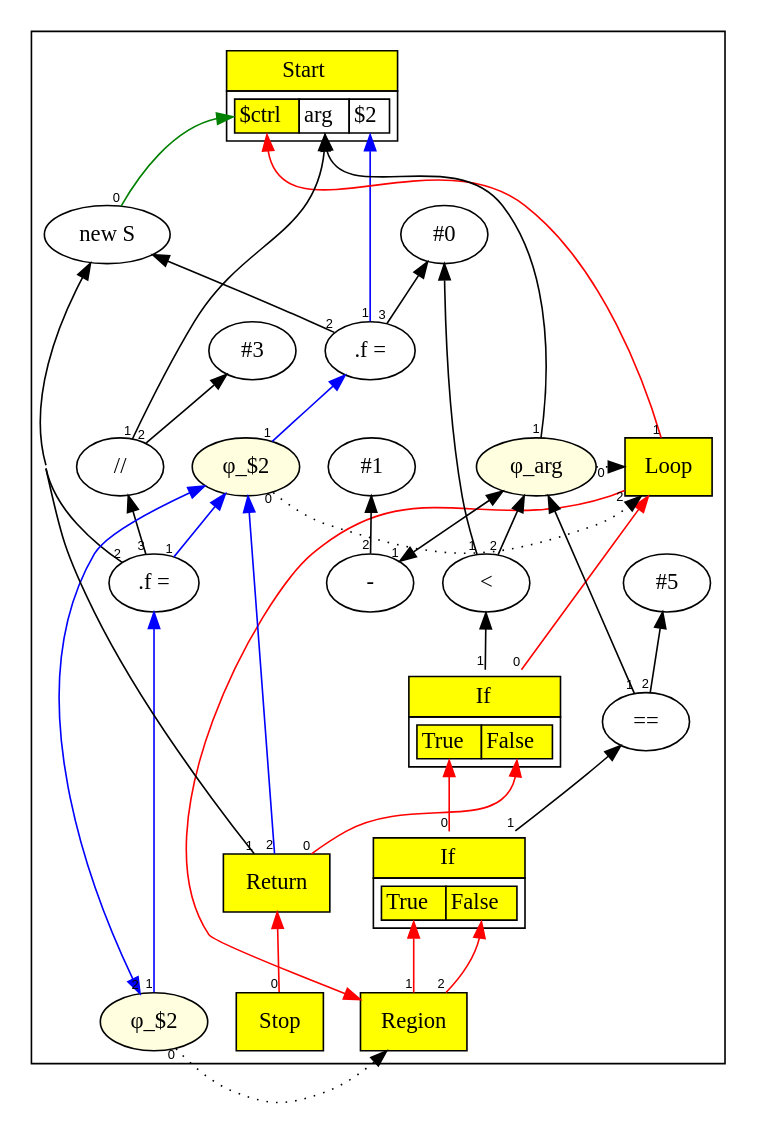
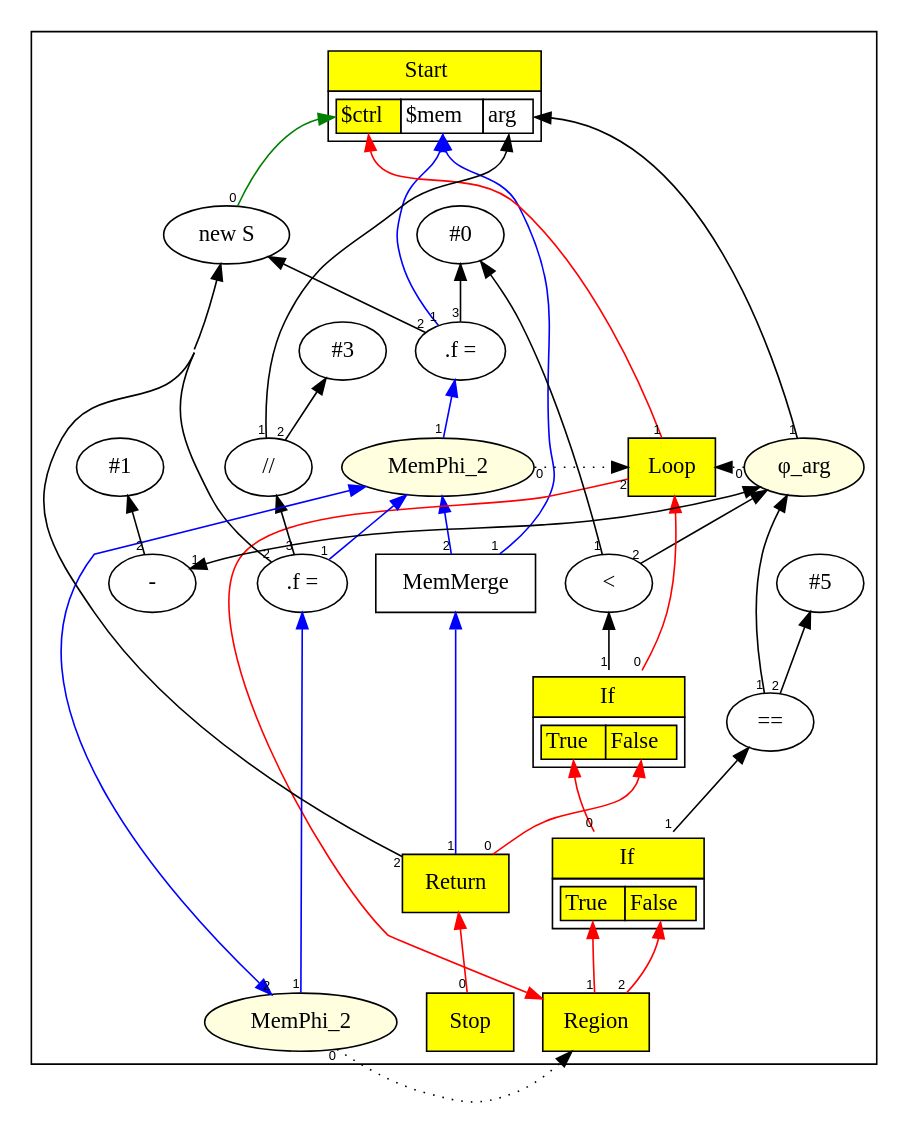
One commit to SeaOfNodes/Simple changed the diagram in chapter11/docs/graph4.gv. Above: the diagram before and after it, drawn with Graphviz. The commit also changed 51 other files, not shown here.

```diff
--- a/chapter11/docs/graph4.gv
+++ b/chapter11/docs/graph4.gv
@@ -1,107 +1,110 @@
 digraph chapter11 {
 /*
 struct S { int f; }
 S v = new S;
 int i = arg;
 while (arg > 0) {
     int j = i/3;
     if (arg == 5)
         v.f = j;
     arg = arg - 1;
 }
 return v;
 
 */
 	rankdir=BT;
 	concentrate="true";
 	compound="true";
 	subgraph cluster_Nodes {
 		Start2 [ shape=plaintext label=<
 			<TABLE BORDER="0" CELLBORDER="1" CELLSPACING="0" CELLPADDING="4">
 			<TR><TD BGCOLOR="yellow">Start</TD></TR>
 			<TR><TD>
 				<TABLE BORDER="0" CELLBORDER="1" CELLSPACING="0">
-				<TR><TD PORT="p0" BGCOLOR="yellow">$ctrl</TD><TD PORT="p1">arg</TD><TD PORT="p2">$2</TD></TR>
+				<TR><TD PORT="p0" BGCOLOR="yellow">$ctrl</TD><TD PORT="p1">$mem</TD><TD PORT="p2">arg</TD></TR>
 				</TABLE>
 			</TD></TR>
 			</TABLE>>
 		];
+		MemMerge [ shape=box label="MemMerge" ];
 		Stop3 [ shape=box style=filled fillcolor=yellow label="Stop" ];
 		Con_4 [ label="#0" ];
 		new9 [ label="new S" ];
 		Store10 [ label=".f =" ];
 		Loop11 [ shape=box style=filled fillcolor=yellow label="Loop" ];
 		Phi_arg13 [ style=filled fillcolor=lightyellow label="&phi;_arg" ];
 		LT14 [ label="<" ];
 		If16 [ shape=plaintext label=<
 			<TABLE BORDER="0" CELLBORDER="1" CELLSPACING="0" CELLPADDING="4">
 			<TR><TD BGCOLOR="yellow">If</TD></TR>
 			<TR><TD>
 				<TABLE BORDER="0" CELLBORDER="1" CELLSPACING="0">
 				<TR><TD PORT="p0" BGCOLOR="yellow">True</TD><TD PORT="p1" BGCOLOR="yellow">False</TD></TR>
 				</TABLE>
 			</TD></TR>
 			</TABLE>>
 		];
 		Div21 [ label="//" ];
 		Con_22 [ label="#3" ];
 		EQ23 [ label="==" ];
 		Con_24 [ label="#5" ];
 		If25 [ shape=plaintext label=<
 			<TABLE BORDER="0" CELLBORDER="1" CELLSPACING="0" CELLPADDING="4">
 			<TR><TD BGCOLOR="yellow">If</TD></TR>
 			<TR><TD>
 				<TABLE BORDER="0" CELLBORDER="1" CELLSPACING="0">
 				<TR><TD PORT="p0" BGCOLOR="yellow">True</TD><TD PORT="p1" BGCOLOR="yellow">False</TD></TR>
 				</TABLE>
 			</TD></TR>
 			</TABLE>>
 		];
-		Phi_230 [ style=filled fillcolor=lightyellow label="&phi;_$2" ];
+		Phi_230 [ style=filled fillcolor=lightyellow label="MemPhi_2" ];
 		Store31 [ label=".f =" ];
 		Region32 [ shape=box style=filled fillcolor=yellow label="Region" ];
-		Phi_233 [ style=filled fillcolor=lightyellow label="&phi;_$2" ];
+		Phi_233 [ style=filled fillcolor=lightyellow label="MemPhi_2" ];
 		Sub35 [ label="-" ];
 		Con_36 [ label="#1" ];
 		Return37 [ shape=box style=filled fillcolor=yellow label="Return" ];
 		{ rank=same; Loop11;Phi_230;Phi_arg13;}
 		{ rank=same; Region32;Phi_233;}
 	}
 	edge [ fontname=Helvetica, fontsize=8 ];
 	Stop3 -> Return37[taillabel=0 color=red];
 	new9 -> Start2:p0[taillabel=0 color=green];
-	Store10 -> Start2:p2[taillabel=1 color=blue];
+	Store10 -> Start2:p1[taillabel=1 color=blue];
 	Store10 -> new9[taillabel=2];
 	Store10 -> Con_4[taillabel=3];
 	Loop11 -> Start2:p0[taillabel=1 color=red];
 	Loop11 -> Region32[taillabel=2 color=red constraint=false];
 	Phi_arg13 -> Loop11 [style=dotted taillabel=0];
-	Phi_arg13 -> Start2:p1[taillabel=1];
+	Phi_arg13 -> Start2:p2[taillabel=1];
 	Phi_arg13 -> Sub35[taillabel=2 constraint=false];
 	LT14 -> Con_4[taillabel=1];
 	LT14 -> Phi_arg13[taillabel=2];
 	If16 -> Loop11[taillabel=0 color=red];
 	If16 -> LT14[taillabel=1];
-	Div21 -> Start2:p1[taillabel=1];
+	Div21 -> Start2:p2[taillabel=1];
 	Div21 -> Con_22[taillabel=2];
 	EQ23 -> Phi_arg13[taillabel=1];
 	EQ23 -> Con_24[taillabel=2];
 	If25 -> If16:p0[taillabel=0 color=red];
 	If25 -> EQ23[taillabel=1];
 	Phi_230 -> Loop11 [style=dotted taillabel=0];
 	Phi_230 -> Store10[taillabel=1 color=blue];
 	Phi_230 -> Phi_233[taillabel=2 color=blue constraint=false];
 	Store31 -> Phi_230[taillabel=1 color=blue];
 	Store31 -> new9[taillabel=2];
 	Store31 -> Div21[taillabel=3];
 	Region32 -> If25:p0[taillabel=1 color=red];
 	Region32 -> If25:p1[taillabel=2 color=red];
 	Phi_233 -> Region32 [style=dotted taillabel=0];
 	Phi_233 -> Store31[taillabel=1 color=blue];
 	Phi_233 -> Phi_230[taillabel=2 color=blue constraint=false];
 	Sub35 -> Phi_arg13[taillabel=1];
 	Sub35 -> Con_36[taillabel=2];
 	Return37 -> If16:p1[taillabel=0 color=red];
-	Return37 -> new9[taillabel=1];
-	Return37 -> Phi_230[taillabel=2 color=blue];
+	Return37 -> new9[taillabel=2];
+	Return37 -> MemMerge[taillabel=1 color=blue];
+	MemMerge -> Start2:p1[taillabel=1 color=blue];
+	MemMerge -> Phi_230[taillabel=2 color=blue];
 }
```
